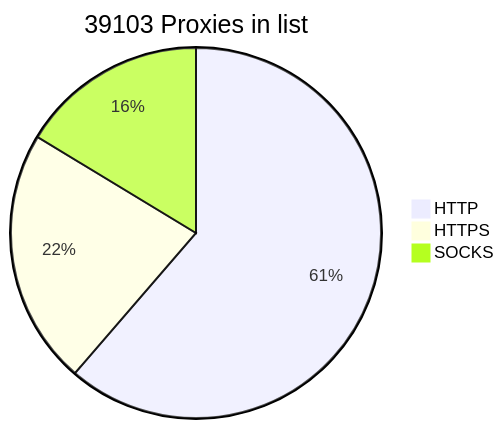
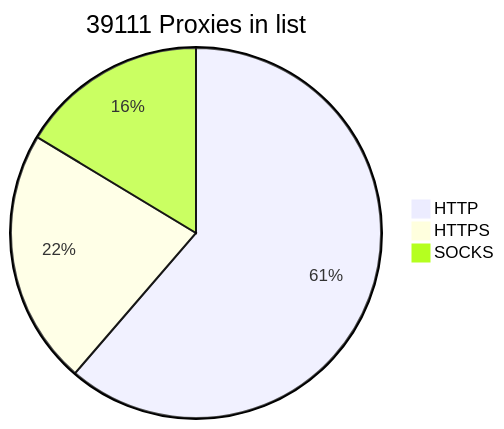
Before and after one commit to BlackSnowDot/proxylist-update-every-minute: the diagram in README.md, drawn with Mermaid.

````diff
--- a/README.md
+++ b/README.md
@@ -2,6 +2,6 @@
 ```mermaid
-pie title 39103 Proxies in list
+pie title 39111 Proxies in list
     "HTTP" : 28251
     "HTTPS": 10283
-    "SOCKS" : 7523
+    "SOCKS" : 7531
 ```
````
